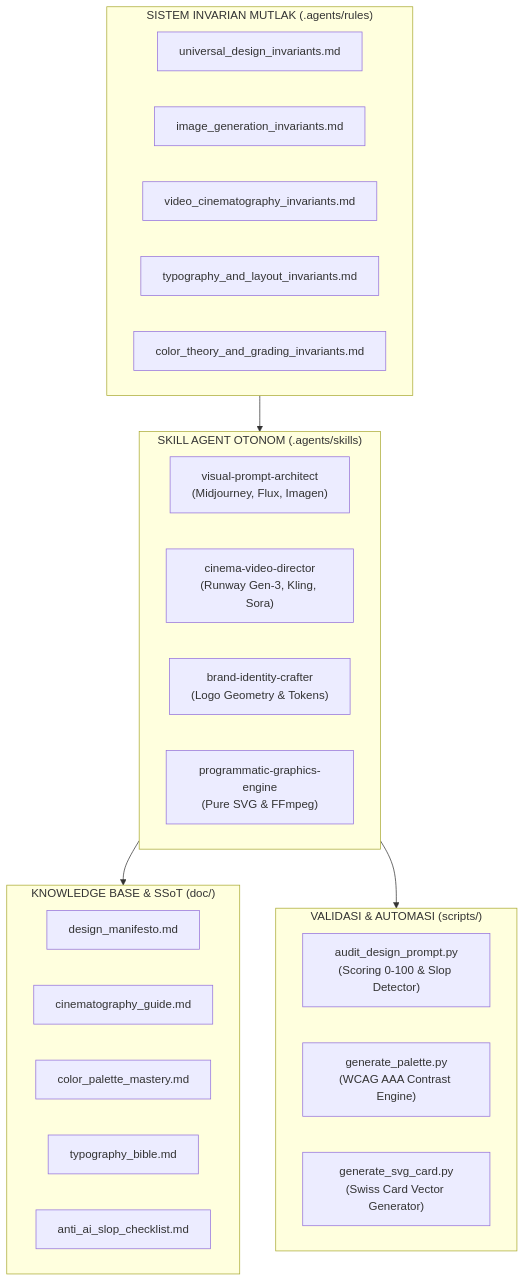
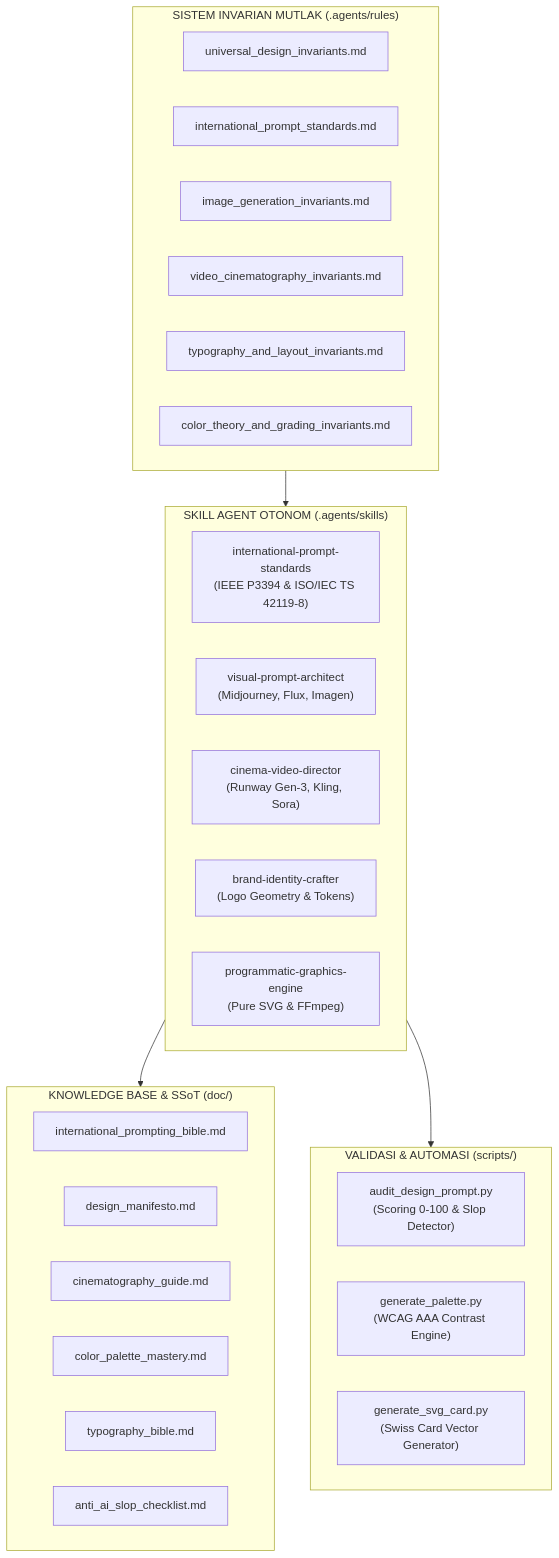
Before and after one commit to misbahudin98/desain-grafis: the diagram in README.md, drawn with Mermaid. The commit also changed other lines of this file and 9 other files, not shown here.

Commit message:
feat(standards): establish international prompt standards rule, skill, and whitepaper based on IEEE, ISO, ACM, and frontier AI labs

````diff
--- a/README.md
+++ b/README.md
@@ -22,35 +22,38 @@
 ```mermaid
 flowchart TD
     subgraph Core ["SISTEM INVARIAN MUTLAK (.agents/rules)"]
         R1["universal_design_invariants.md"]
-        R2["image_generation_invariants.md"]
-        R3["video_cinematography_invariants.md"]
-        R4["typography_and_layout_invariants.md"]
-        R5["color_theory_and_grading_invariants.md"]
+        R2["international_prompt_standards.md"]
+        R3["image_generation_invariants.md"]
+        R4["video_cinematography_invariants.md"]
+        R5["typography_and_layout_invariants.md"]
+        R6["color_theory_and_grading_invariants.md"]
     end
 
     subgraph Skills ["SKILL AGENT OTONOM (.agents/skills)"]
-        S1["visual-prompt-architect<br/>(Midjourney, Flux, Imagen)"]
-        S2["cinema-video-director<br/>(Runway Gen-3, Kling, Sora)"]
-        S3["brand-identity-crafter<br/>(Logo Geometry & Tokens)"]
-        S4["programmatic-graphics-engine<br/>(Pure SVG & FFmpeg)"]
+        S1["international-prompt-standards<br/>(IEEE P3394 & ISO/IEC TS 42119-8)"]
+        S2["visual-prompt-architect<br/>(Midjourney, Flux, Imagen)"]
+        S3["cinema-video-director<br/>(Runway Gen-3, Kling, Sora)"]
+        S4["brand-identity-crafter<br/>(Logo Geometry & Tokens)"]
+        S5["programmatic-graphics-engine<br/>(Pure SVG & FFmpeg)"]
     end
 
     subgraph Knowledge ["KNOWLEDGE BASE & SSoT (doc/)"]
-        D1["design_manifesto.md"]
-        D2["cinematography_guide.md"]
-        D3["color_palette_mastery.md"]
-        D4["typography_bible.md"]
-        D5["anti_ai_slop_checklist.md"]
+        D1["international_prompting_bible.md"]
+        D2["design_manifesto.md"]
+        D3["cinematography_guide.md"]
+        D4["color_palette_mastery.md"]
+        D5["typography_bible.md"]
+        D6["anti_ai_slop_checklist.md"]
     end
 
     subgraph Automation ["VALIDASI & AUTOMASI (scripts/)"]
         SC1["audit_design_prompt.py<br/>(Scoring 0-100 & Slop Detector)"]
         SC2["generate_palette.py<br/>(WCAG AAA Contrast Engine)"]
         SC3["generate_svg_card.py<br/>(Swiss Card Vector Generator)"]
     end
 
     Core --> Skills
     Skills --> Knowledge
     Skills --> Automation
 ```
````
